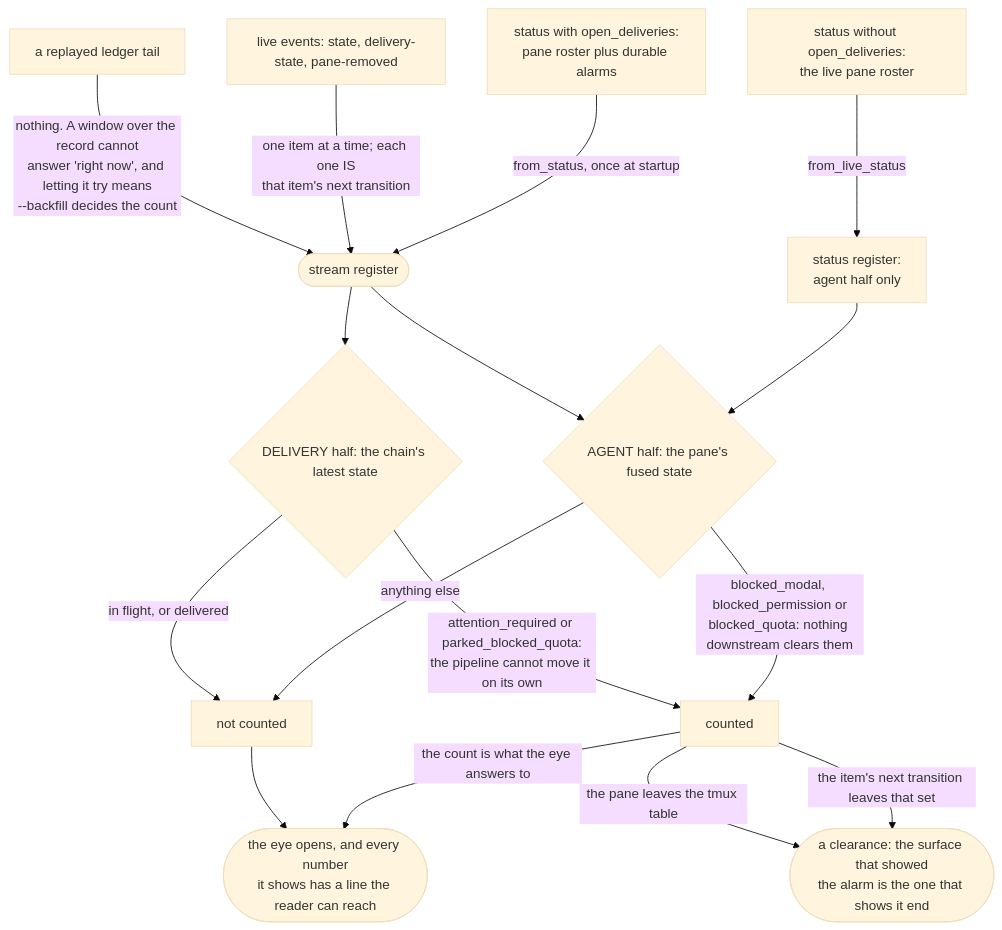
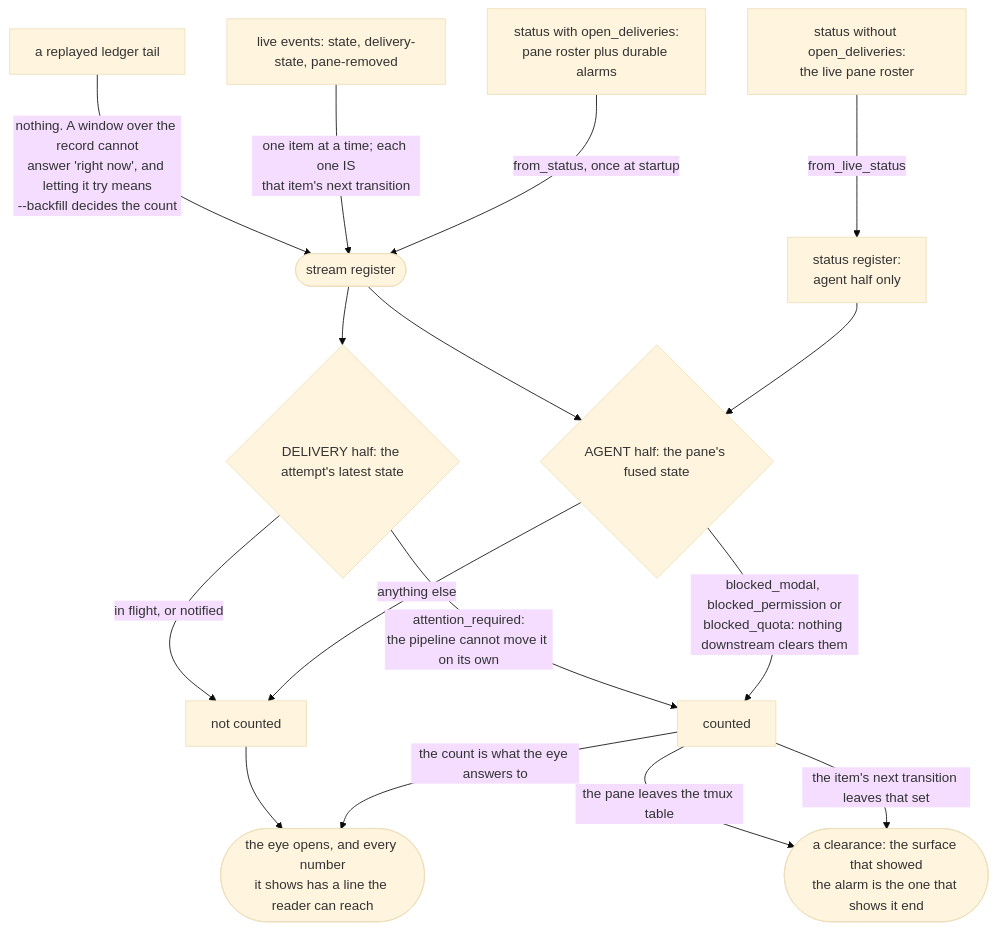
Before and after one commit to cyclops-team/cyclops: the fourth of 6 diagrams in docs/development/ARCHITECTURE.md, drawn with Mermaid (base theme). The commit also changed other lines of this file and 35 other files, not shown here.

````diff
--- a/docs/development/ARCHITECTURE.md
+++ b/docs/development/ARCHITECTURE.md
@@ -456,18 +174,18 @@
 ```mermaid
 flowchart TD
     S["status without open_deliveries:<br/>the live pane roster"] -->|"from_live_status"| L["status register:<br/>agent half only"]
     F["status with open_deliveries:<br/>pane roster plus durable alarms"] -->|"from_status, once at startup"| R
     E["live events: state, delivery-state, pane-removed"] -->|"one item at a time; each one IS<br/>that item's next transition"| R
     H["a replayed ledger tail"] -->|"nothing. A window over the record cannot<br/>answer 'right now', and letting it try means<br/>--backfill decides the count"| R
     L --> A{"AGENT half: the pane's fused state"}
     R(["stream register"]) --> A
-    R --> D{"DELIVERY half: the chain's latest state"}
+    R --> D{"DELIVERY half: the attempt's latest state"}
     A -->|"blocked_modal, blocked_permission or<br/>blocked_quota: nothing downstream clears them"| CT["counted"]
     A -->|"anything else"| NC["not counted"]
-    D -->|"attention_required or parked_blocked_quota:<br/>the pipeline cannot move it on its own"| CT
-    D -->|"in flight, or delivered"| NC
+    D -->|"attention_required:<br/>the pipeline cannot move it on its own"| CT
+    D -->|"in flight, or notified"| NC
     CT -->|"the count is what the eye answers to"| EYE(["the eye opens, and every number<br/>it shows has a line the reader can reach"])
     NC --> EYE
     CT -->|"the item's next transition leaves that set"| RES(["a clearance: the surface that showed<br/>the alarm is the one that shows it end"])
     CT -->|"the pane leaves the tmux table"| RES
 ```
````
